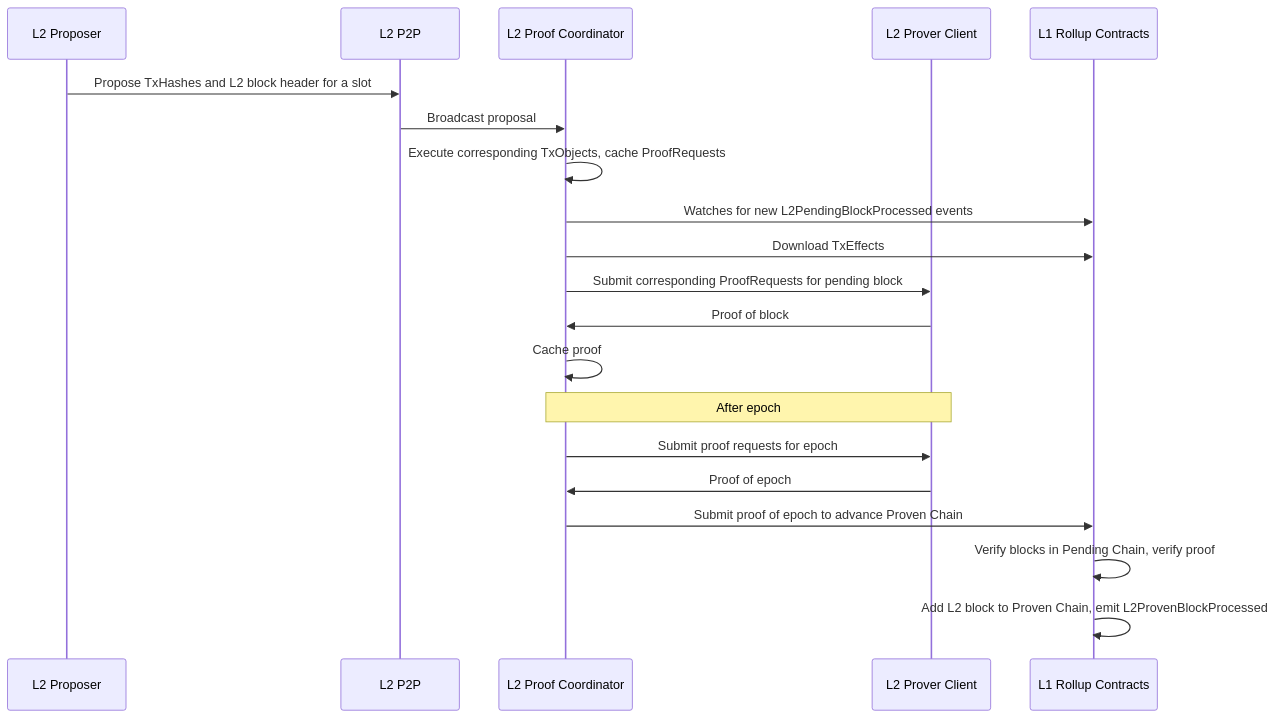
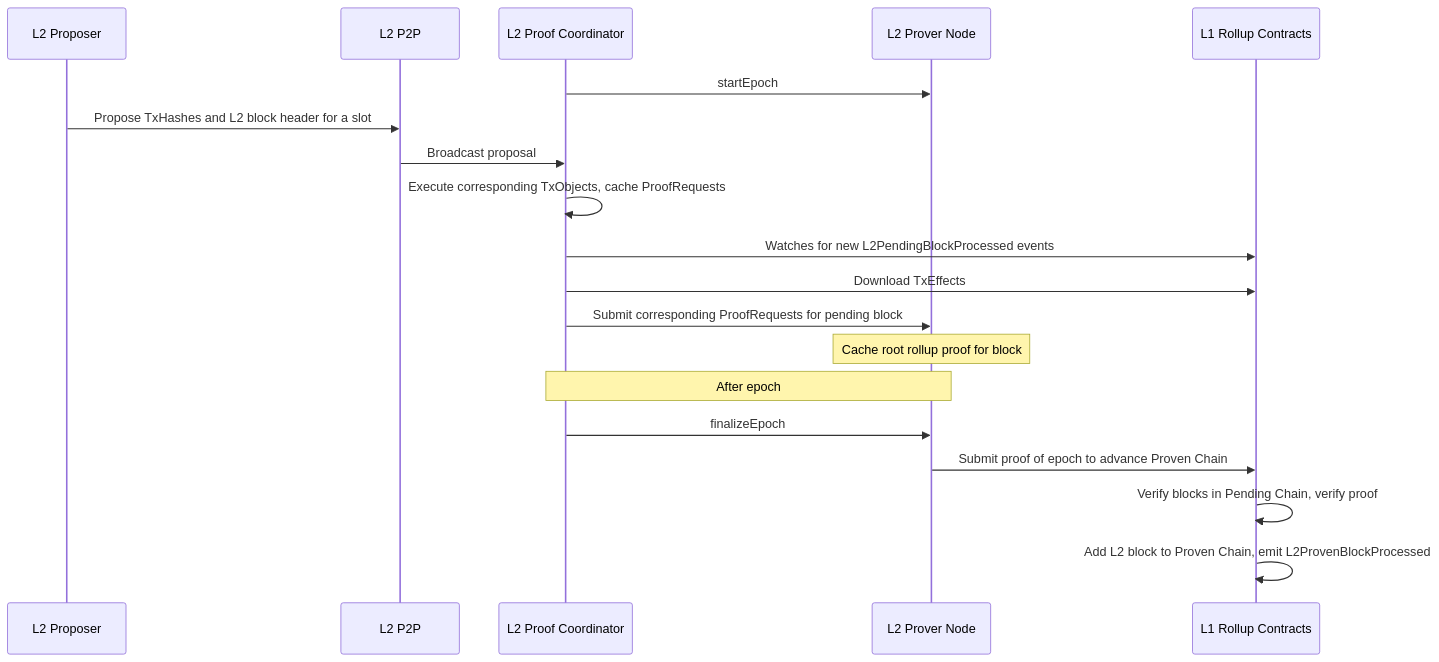
One commit to AztecProtocol/engineering-designs changed the second of 2 diagrams in in-progress/7482-sequencer-prover-test-net.md. Above: the diagram before and after it, drawn with Mermaid. The commit also changed other lines of this file and 1 other file, not shown here.

Commit message:
Update interface to prover client add test and deployment details

````diff
--- a/in-progress/7482-sequencer-prover-test-net.md
+++ b/in-progress/7482-sequencer-prover-test-net.md
@@ -168,23 +168,22 @@
 ```mermaid
 sequenceDiagram
     participant P as L2 Proposer
     participant MP as L2 P2P
     participant PC as L2 Proof Coordinator
-    participant PM as L2 Prover Client
+    participant PN as L2 Prover Node
     participant L1R as L1 Rollup Contracts
 
+    PC->>PN: startEpoch
     P->>MP: Propose TxHashes and L2 block header for a slot 
     MP->>PC: Broadcast proposal
     PC->>PC: Execute corresponding TxObjects, cache ProofRequests
     PC->>L1R: Watches for new L2PendingBlockProcessed events
     PC->>L1R: Download TxEffects
-    PC->>PM: Submit corresponding ProofRequests for pending block
-    PM->>PC: Proof of block
-    PC->>PC: Cache proof
-    Note over PC,PM: After epoch
-    PC->>PM: Submit proof requests for epoch
-    PM->>PC: Proof of epoch
-    PC->>L1R: Submit proof of epoch to advance Proven Chain
+    PC->>PN: Submit corresponding ProofRequests for pending block
+    Note over PN: Cache root rollup proof for block
+    Note over PC,PN: After epoch
+    PC->>PN: finalizeEpoch
+    PN->>L1R: Submit proof of epoch to advance Proven Chain
     L1R->>L1R: Verify blocks in Pending Chain, verify proof
     L1R->>L1R: Add L2 block to Proven Chain, emit L2ProvenBlockProcessed
 ```
````
